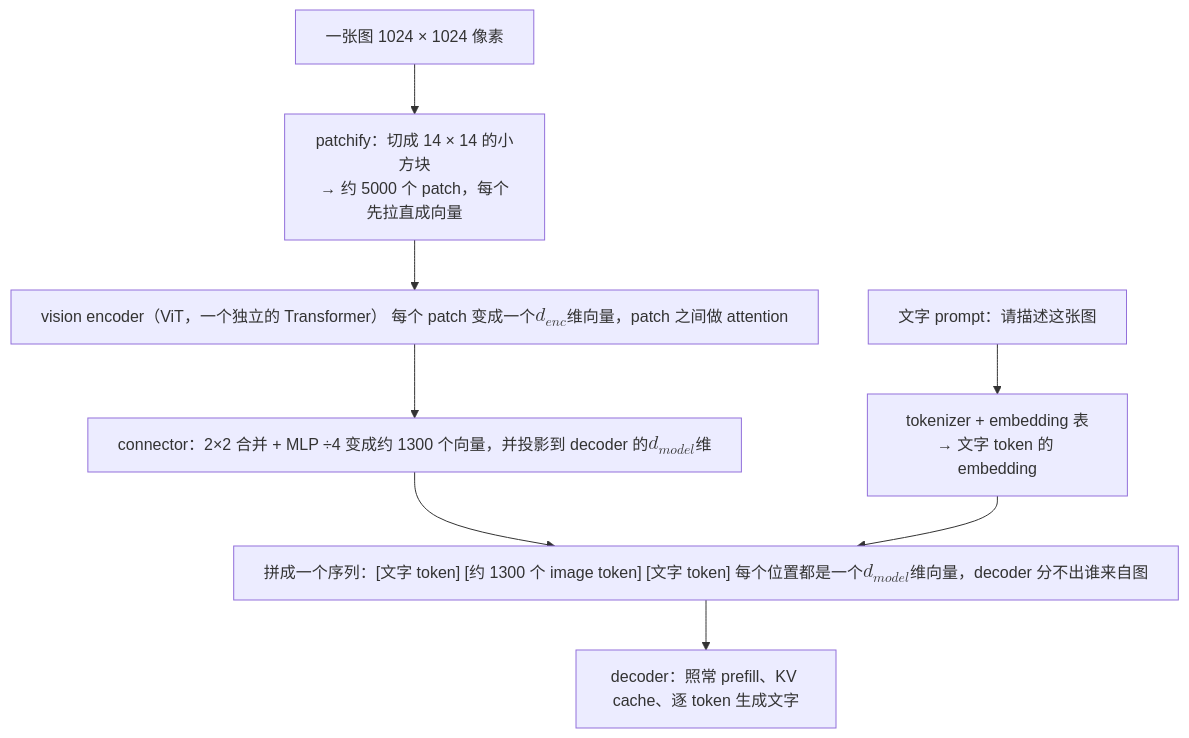
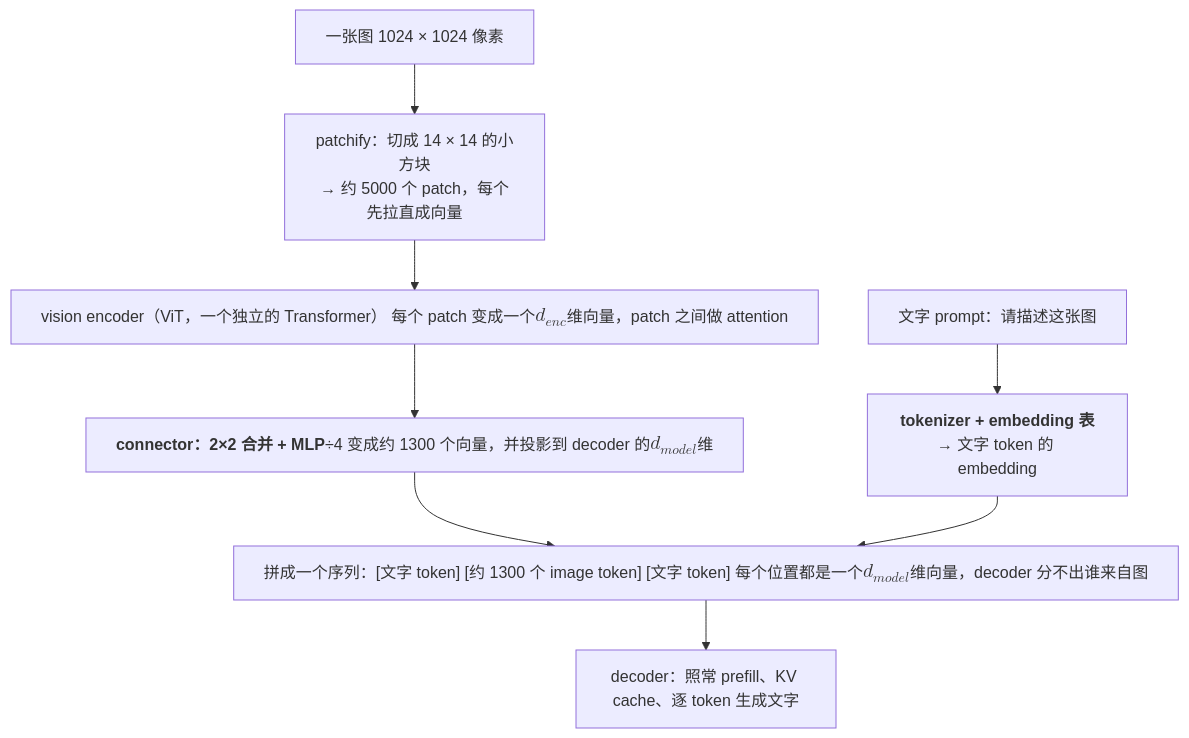
The diagram in _posts/2026-04-07-multimodal-vision-encoder-cost-and-image-token-kv.md (arganzheng/arganzheng.github.com), drawn with Mermaid before and after one commit. The commit also changed 9 other files, not shown here.

First line of the commit message:
现代 LLM 结构：从 GPT-2 到今天的演进：Mermaid 多行方框的首行标为标题（10 篇）

````diff
--- a/_posts/2026-04-07-multimodal-vision-encoder-cost-and-image-token-kv.md
+++ b/_posts/2026-04-07-multimodal-vision-encoder-cost-and-image-token-kv.md
@@ -28,11 +28,11 @@
 ```mermaid
 %% 图：多模态 LLM 怎么把一张图接进来：图片切成 patch → vision encoder（ViT）把每个 patch 变成向量 → connector 压缩并投影成 decoder 的 embedding 维度 → 作为 image token 插进文字 token 序列 → decoder 照常做 attention 和生成
 flowchart TB
     IMG["一张图 1024 × 1024 像素"] --> P["patchify：切成 14 × 14 的小方块<br/>→ 约 5000 个 patch，每个先拉直成向量"]
     P --> ENC["vision encoder（ViT，一个独立的 Transformer）<br/>每个 patch 变成一个 $$d_{enc}$$ 维向量，patch 之间做 attention"]
-    ENC --> CON["connector：2×2 合并 + MLP<br/>÷4 变成约 1300 个向量，并投影到 decoder 的 $$d_{model}$$ 维"]
-    TXT["文字 prompt：请描述这张图"] --> TOK["tokenizer + embedding 表<br/>→ 文字 token 的 embedding"]
+    ENC --> CON["<b>connector：2×2 合并 + MLP</b><br/>÷4 变成约 1300 个向量，并投影到 decoder 的 $$d_{model}$$ 维"]
+    TXT["文字 prompt：请描述这张图"] --> TOK["<b>tokenizer + embedding 表</b><br/>→ 文字 token 的 embedding"]
     CON --> SEQ["拼成一个序列：[文字 token] [约 1300 个 image token] [文字 token]<br/>每个位置都是一个 $$d_{model}$$ 维向量，decoder 分不出谁来自图"]
     TOK --> SEQ
     SEQ --> DEC["decoder：照常 prefill、KV cache、逐 token 生成文字"]
 ```
````
